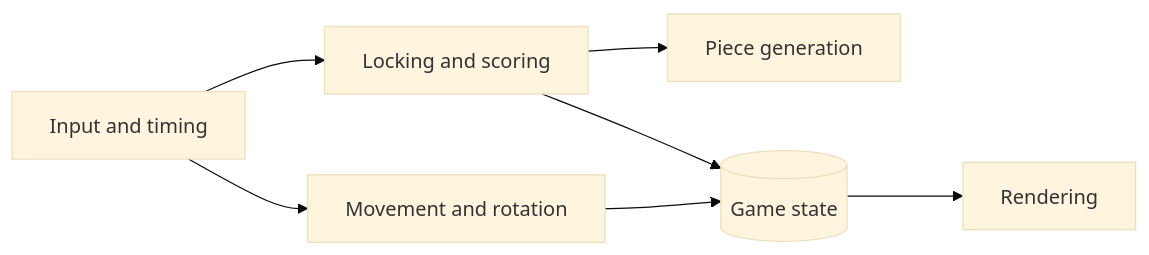
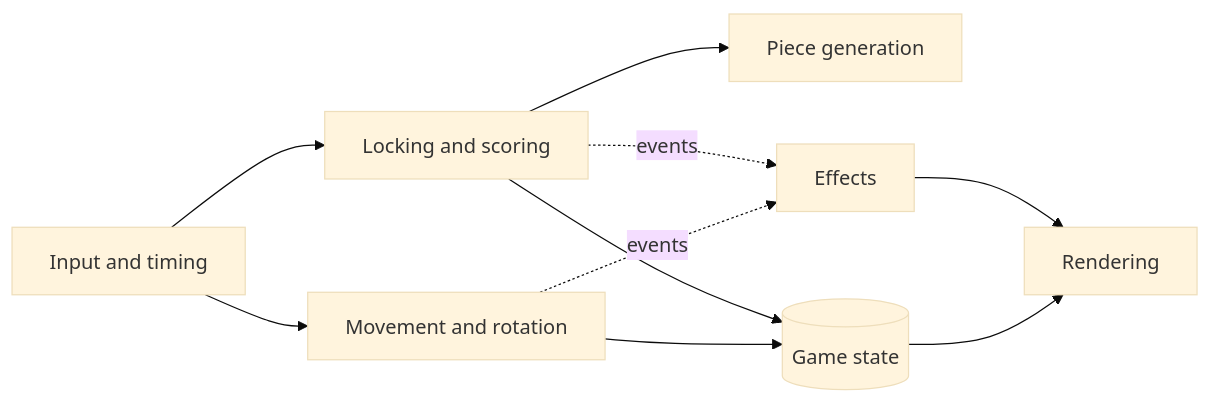
The first of 2 diagrams in docs/architecture/components.md (chussenot/polyfall), drawn with Mermaid (base theme) before and after one commit. The commit also changed other lines of this file and 14 other files, not shown here.

````diff
--- a/docs/architecture/components.md
+++ b/docs/architecture/components.md
@@ -47,15 +54,19 @@
 ```mermaid
 flowchart LR
     Input["Input and timing"]
     Move["Movement and rotation"]
     Locking["Locking and scoring"]
     Gen["Piece generation"]
     State[("Game state")]
     Render["Rendering"]
     Input --> Move
     Input --> Locking
     Locking --> Gen
     Move --> State
     Locking --> State
     State --> Render
+    Fx["Effects"]
+    Move -.->|"events"| Fx
+    Locking -.->|"events"| Fx
+    Fx --> Render
 ```
````
